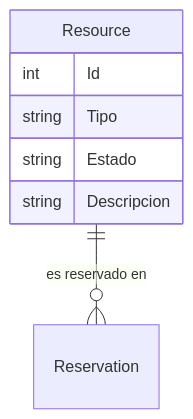
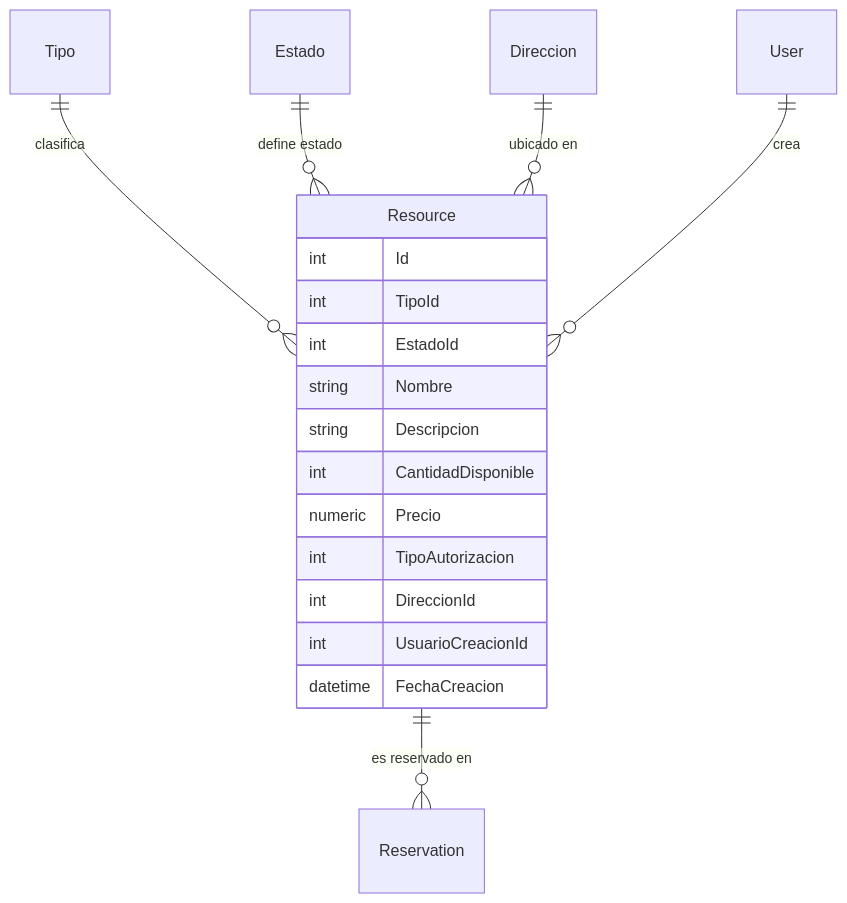
One commit to jose-angell/EventResourceReservationAppDocs changed the diagram in docs/models-domain/resource.md. Above: the diagram before and after it, drawn with Mermaid. The commit also changed other lines of this file and 8 other files, not shown here.

````diff
--- a/docs/models-domain/resource.md
+++ b/docs/models-domain/resource.md
@@ -10,12 +24,23 @@
  ``` mermaid
 erDiagram
     Resource {
         int Id
-        string Tipo
-        string Estado
+        int TipoId
+        int EstadoId
+        string Nombre
         string Descripcion
+        int CantidadDisponible
+        numeric Precio
+        int TipoAutorizacion
+        int DireccionId
+        int UsuarioCreacionId
+        datetime FechaCreacion
     }
-    
+
+    Tipo ||--o{ Resource : "clasifica"
+    Estado ||--o{ Resource : "define estado"
+    Direccion ||--o{ Resource : "ubicado en"
+    User ||--o{ Resource : "crea"
     Resource ||--o{ Reservation : "es reservado en"
 
 ```
````
